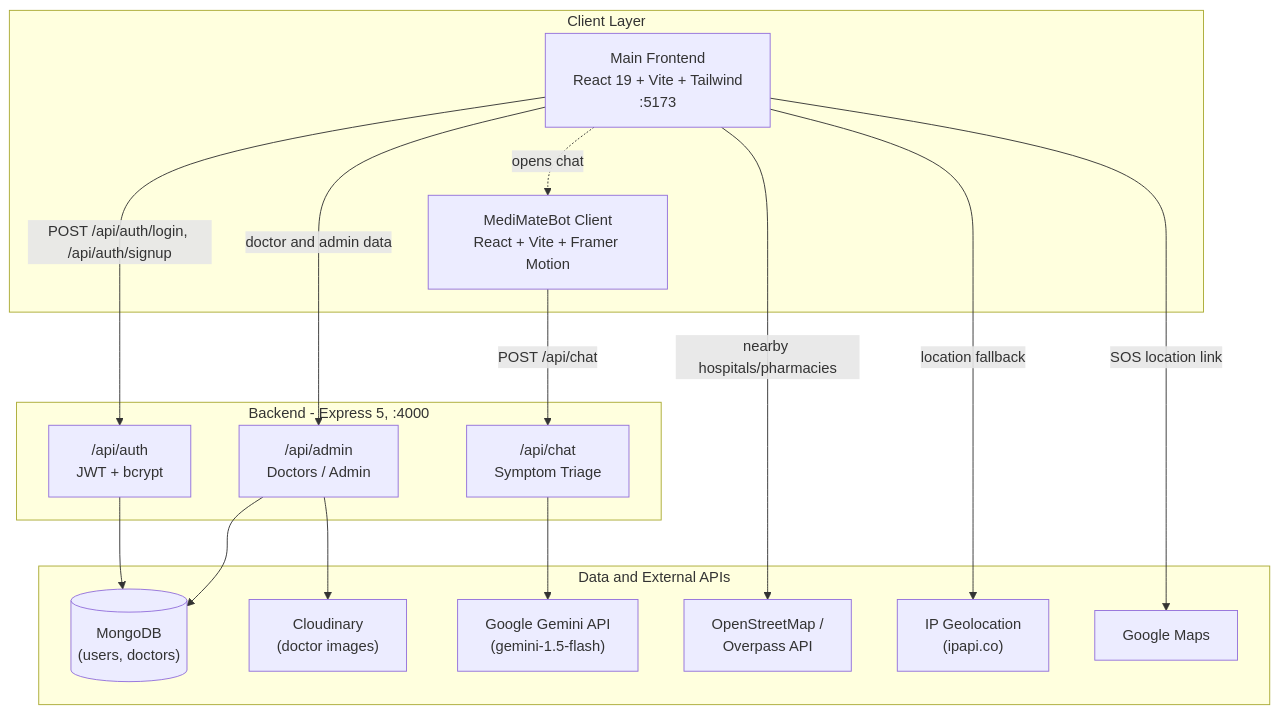
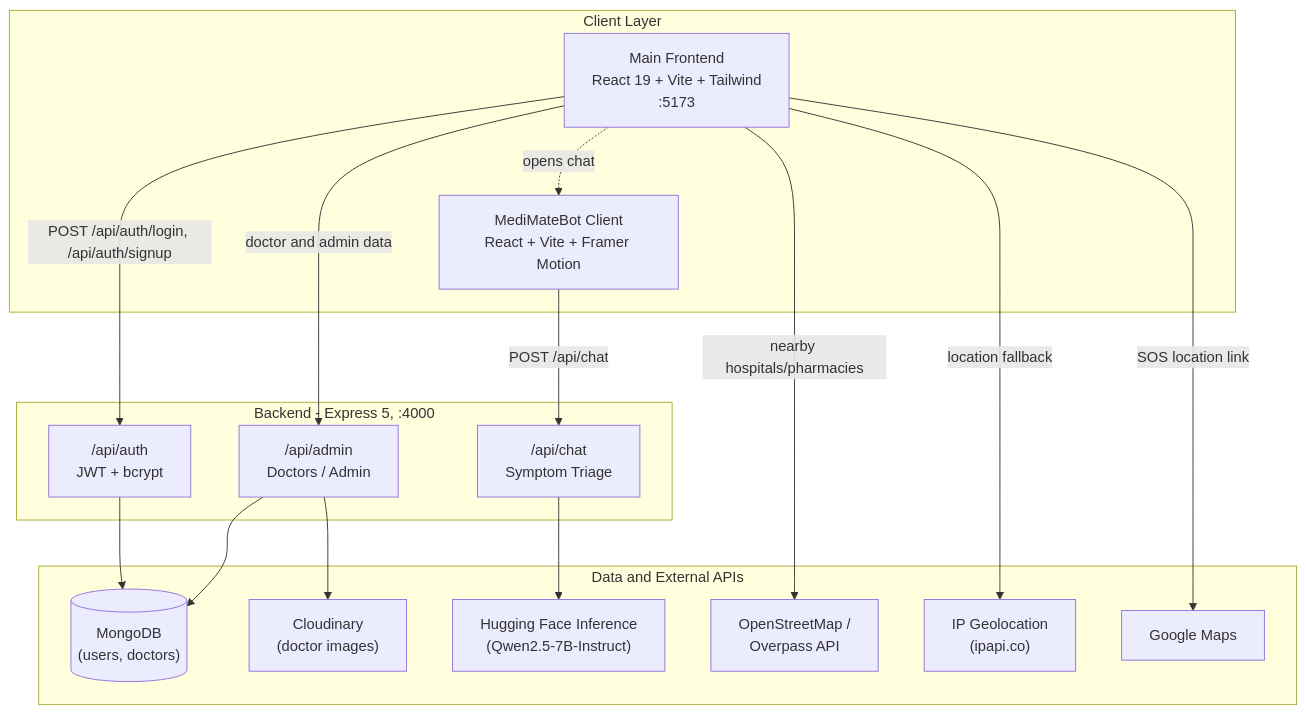
Before and after one commit to coffeecookey/mediMate: the first of 4 diagrams in README.md, drawn with Mermaid. The commit also changed other lines of this file and 4 other files, not shown here.

````diff
--- a/README.md
+++ b/README.md
@@ -88,34 +88,34 @@
 ```mermaid
 flowchart TB
     subgraph Client["Client Layer"]
         FE["Main Frontend<br/>React 19 + Vite + Tailwind<br/>:5173"]
         BOTUI["MediMateBot Client<br/>React + Vite + Framer Motion"]
     end
 
     subgraph Backend["Backend - Express 5, :4000"]
         ADMIN["/api/admin<br/>Doctors / Admin"]
         AUTHR["/api/auth<br/>JWT + bcrypt"]
         CHATR["/api/chat<br/>Symptom Triage"]
     end
 
     subgraph Data["Data and External APIs"]
         MONGO[("MongoDB<br/>(users, doctors)")]
         CLOUD["Cloudinary<br/>(doctor images)"]
-        GEMINI["Google Gemini API<br/>(gemini-1.5-flash)"]
+        HF["Hugging Face Inference<br/>(Qwen2.5-7B-Instruct)"]
         OSM["OpenStreetMap /<br/>Overpass API"]
         GEO["IP Geolocation<br/>(ipapi.co)"]
         GMAPS["Google Maps"]
     end
 
     FE -->|"POST /api/auth/login, /api/auth/signup"| AUTHR
     FE -->|"doctor and admin data"| ADMIN
     FE -->|"nearby hospitals/pharmacies"| OSM
     FE -->|"location fallback"| GEO
     FE -->|"SOS location link"| GMAPS
     FE -. "opens chat" .-> BOTUI
     BOTUI -->|"POST /api/chat"| CHATR
-    CHATR --> GEMINI
+    CHATR --> HF
     AUTHR --> MONGO
     ADMIN --> MONGO
     ADMIN --> CLOUD
 ```
````
